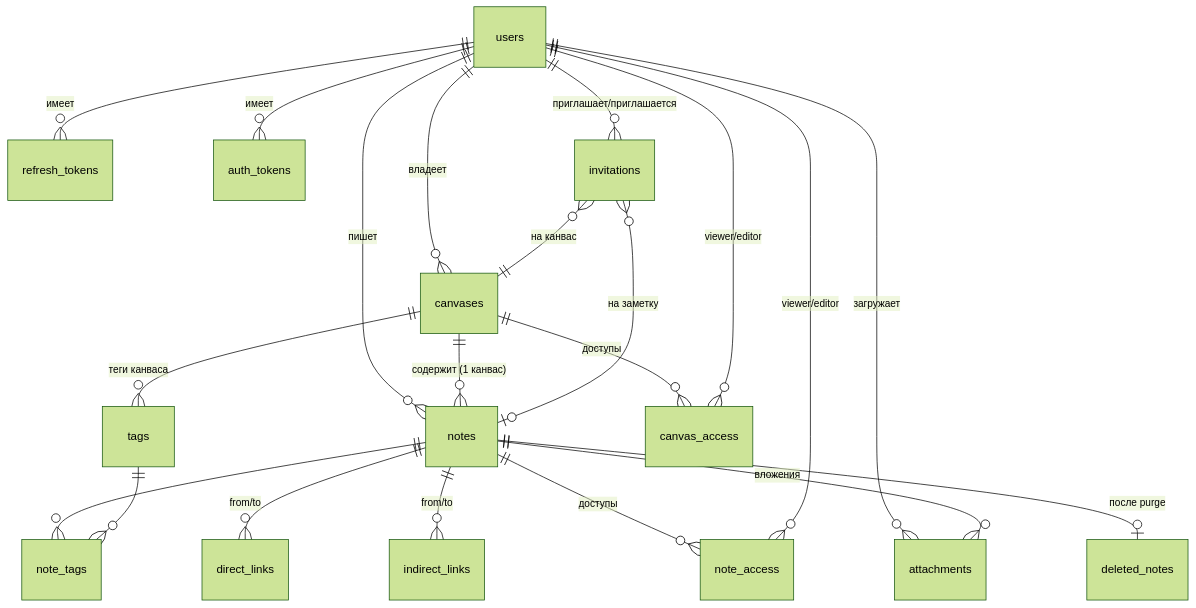
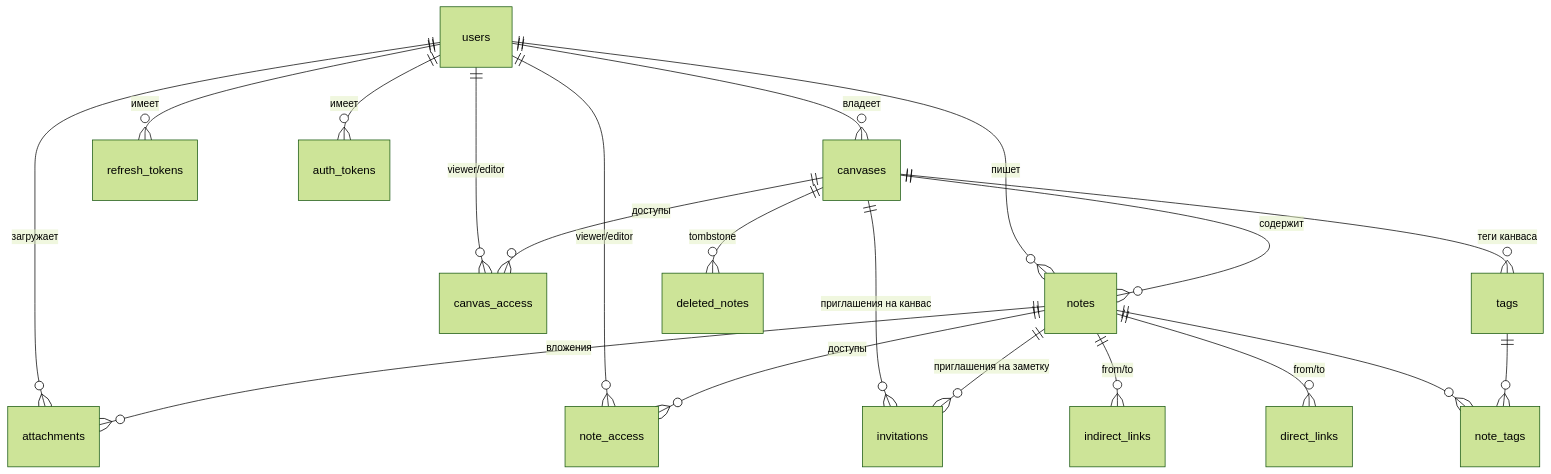
Before and after one commit to Neisvestny/Vistynq: the second of 2 diagrams in docs/data-model.md, drawn with Mermaid (forest theme). The commit also changed other lines of this file and 9 other files, not shown here.

````diff
--- a/docs/data-model.md
+++ b/docs/data-model.md
@@ -210,26 +234,24 @@
 ```mermaid
 erDiagram
     users ||--o{ canvases : "владеет"
     users ||--o{ notes : "пишет"
     users ||--o{ refresh_tokens : "имеет"
     users ||--o{ auth_tokens : "имеет"
-    users ||--o{ invitations : "приглашает/приглашается"
     users ||--o{ attachments : "загружает"
+    users ||--o{ canvas_access : "viewer/editor"
+    users ||--o{ note_access : "viewer/editor"
 
-    canvases ||--o{ notes : "содержит (1 канвас)"
+    canvases ||--o{ notes : "содержит"
     canvases ||--o{ tags : "теги канваса"
     canvases ||--o{ canvas_access : "доступы"
-    users ||--o{ canvas_access : "viewer/editor"
+    canvases ||--o{ invitations : "приглашения на канвас"
+    canvases ||--o{ deleted_notes : "tombstone"
 
     notes ||--o{ note_tags : ""
     tags ||--o{ note_tags : ""
     notes ||--o{ direct_links : "from/to"
     notes ||--o{ indirect_links : "from/to"
     notes ||--o{ note_access : "доступы"
-    users ||--o{ note_access : "viewer/editor"
+    notes ||--o{ invitations : "приглашения на заметку"
     notes ||--o{ attachments : "вложения"
-    notes ||--o| deleted_notes : "после purge"
-
-    invitations }o--|| canvases : "на канвас"
-    invitations }o--o| notes : "на заметку"
 ```
````
